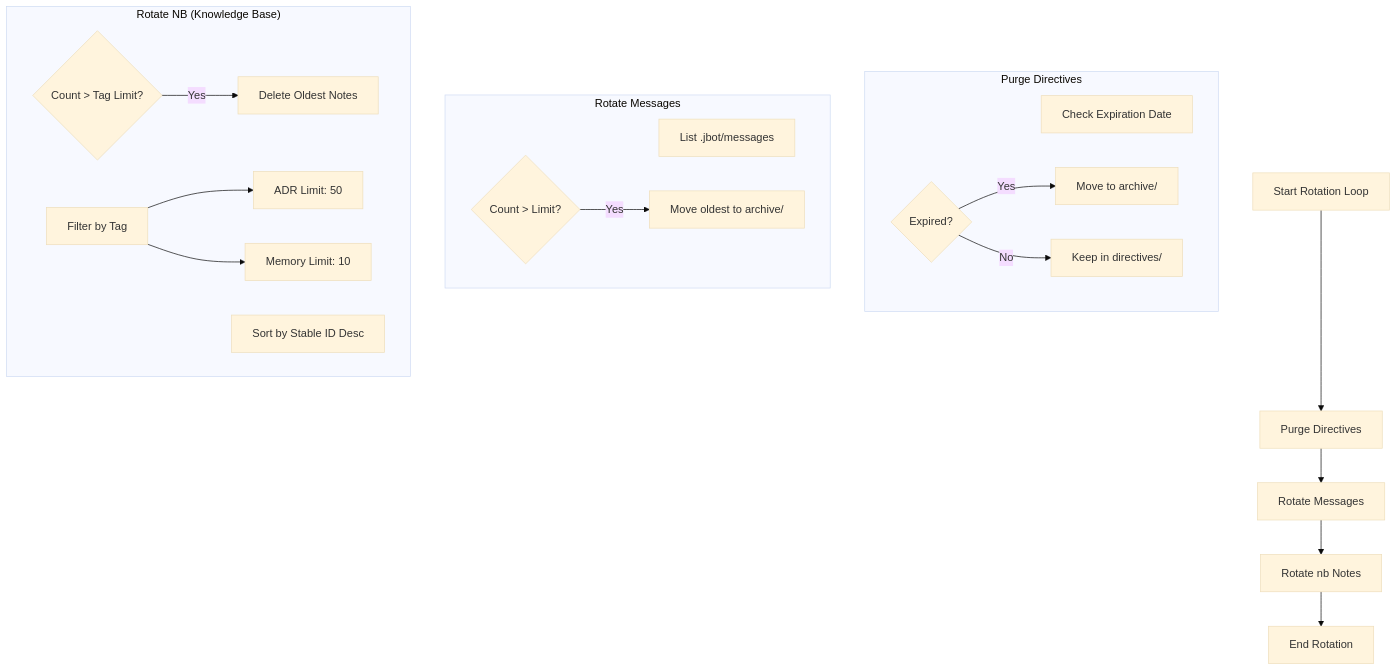
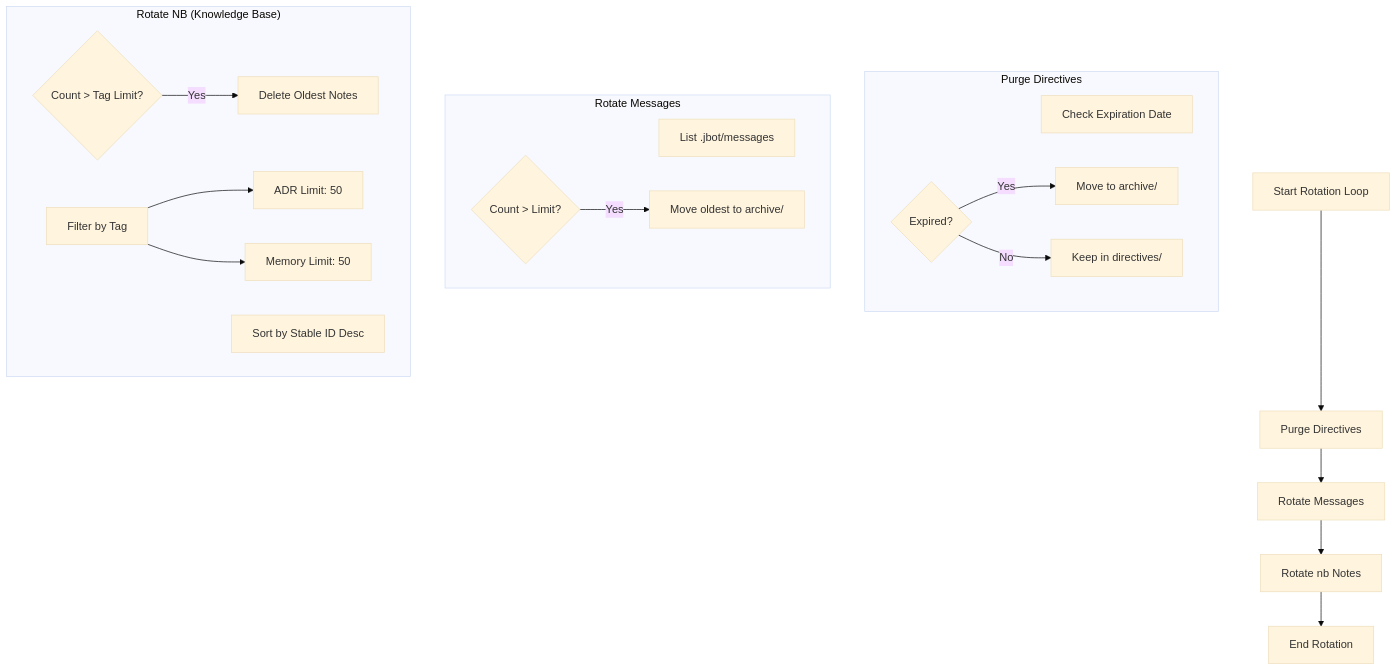
The third of 4 diagrams in INDEX.md (kodicw/jbot), drawn with Mermaid (base theme) before and after one commit. The commit also changed other lines of this file and 31 other files, not shown here.

````diff
--- a/INDEX.md
+++ b/INDEX.md
@@ -109,29 +117,29 @@
 ```mermaid
 graph TD
     A[Start Rotation Loop] --> B[Purge Directives]
     B --> C[Rotate Messages]
     C --> D[Rotate nb Notes]
     D --> E[End Rotation]
 
     subgraph "Purge Directives"
         B1[Check Expiration Date]
         B2{Expired?}
         B2 -->|Yes| B3[Move to archive/]
         B2 -->|No| B4[Keep in directives/]
     end
 
     subgraph "Rotate Messages"
         C1[List .jbot/messages]
         C2{Count > Limit?}
         C2 -->|Yes| C3[Move oldest to archive/]
     end
 
     subgraph "Rotate NB (Knowledge Base)"
         D1[Filter by Tag]
         D2[Sort by Stable ID Desc]
         D3{Count > Tag Limit?}
         D3 -->|Yes| D4[Delete Oldest Notes]
         D1 --> D1_ADR[ADR Limit: 50]
-        D1 --> D1_MEM[Memory Limit: 10]
+        D1 --> D1_MEM[Memory Limit: 50]
     end
 ```
````
